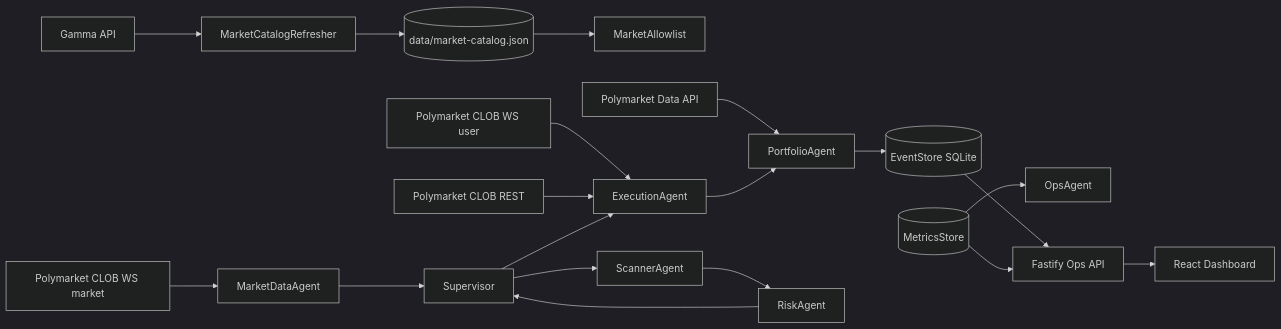
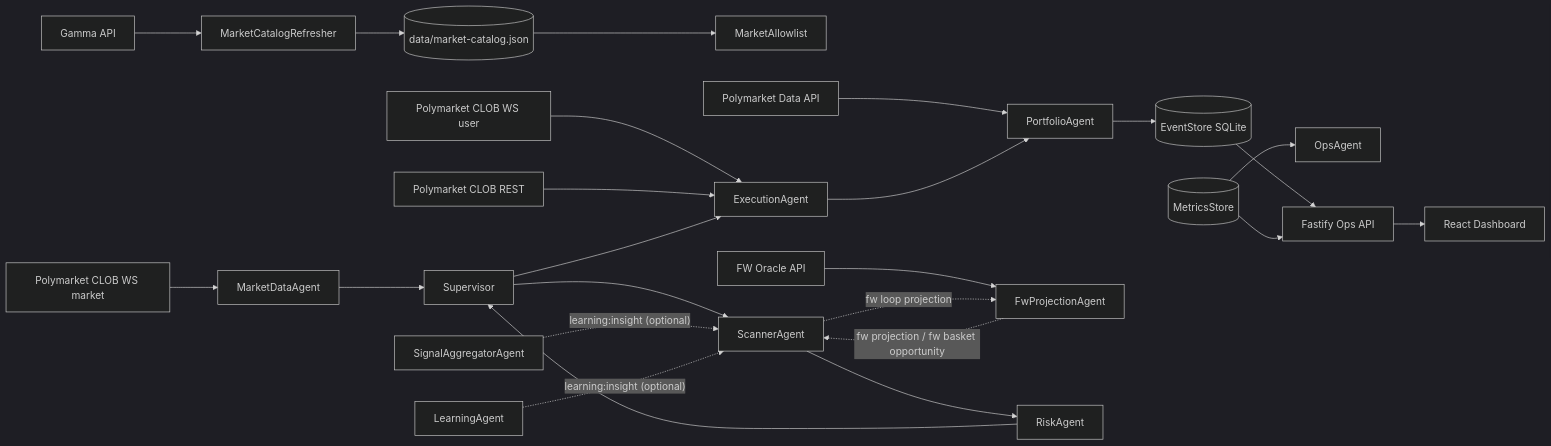
One commit to freshtechbro/openpolytrader changed the diagram in docs/ARCHITECTURE.md. Above: the diagram before and after it, drawn with Mermaid (dark theme). The commit also changed other lines of this file and 26 other files, not shown here.

First line of the commit message:
docs: update architecture, operations, and remediation specs

````diff
--- a/docs/ARCHITECTURE.md
+++ b/docs/ARCHITECTURE.md
@@ -14,24 +14,29 @@
 ```mermaid
 flowchart LR
   Gamma[Gamma API] --> CatalogRefresher[MarketCatalogRefresher]
   CatalogRefresher --> MarketCatalog[(data/market-catalog.json)]
   MarketCatalog --> Allowlist[MarketAllowlist]
 
   PMWS[Polymarket CLOB WS market] --> MarketDataAgent
   PMUserWS[Polymarket CLOB WS user] --> ExecutionAgent
   PMRest[Polymarket CLOB REST] --> ExecutionAgent
   PMDataApi[Polymarket Data API] --> PortfolioAgent
+  FwOracle[FW Oracle API] --> FwProjectionAgent
 
   MarketDataAgent --> Supervisor
   Supervisor --> ScannerAgent
+  ScannerAgent -. fw loop projection .-> FwProjectionAgent
+  FwProjectionAgent -. fw projection / fw basket opportunity .-> ScannerAgent
+  SignalAggregatorAgent -. learning:insight (optional) .-> ScannerAgent
+  LearningAgent -. learning:insight (optional) .-> ScannerAgent
   ScannerAgent --> RiskAgent
   RiskAgent --> Supervisor
   Supervisor --> ExecutionAgent
   ExecutionAgent --> PortfolioAgent
 
   PortfolioAgent --> EventStore[(EventStore SQLite)]
   MetricsStore[(MetricsStore)] --> OpsAgent
   EventStore --> OpsAPI[Fastify Ops API]
   MetricsStore --> OpsAPI
   OpsAPI --> Dashboard[React Dashboard]
 ```
````
